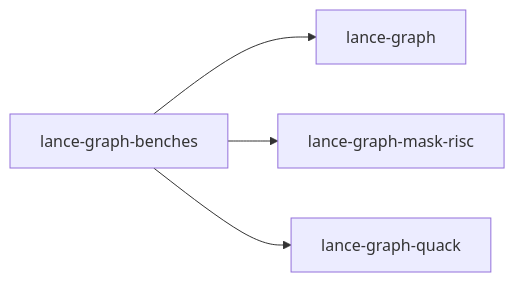
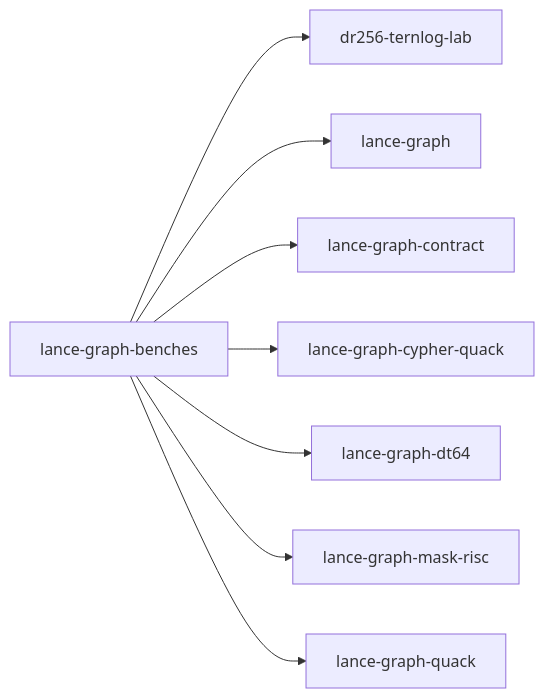
The diagram in .codegraph/crates/lance-graph-benches.index.md (AdaWorldAPI/lance-graph), drawn with Mermaid before and after one commit. The commit also changed other lines of this file and 119 other files, not shown here.

````diff
--- a/.codegraph/crates/lance-graph-benches.index.md
+++ b/.codegraph/crates/lance-graph-benches.index.md
@@ -50,10 +54,18 @@
 ```mermaid
 flowchart LR
-  n29["lance-graph"]
-  n33["lance-graph-benches"]
-  n48["lance-graph-mask-risc"]
-  n58["lance-graph-quack"]
-  n33 --> n29
-  n33 --> n48
-  n33 --> n58
+  n15["dr256-ternlog-lab"]
+  n32["lance-graph"]
+  n36["lance-graph-benches"]
+  n43["lance-graph-contract"]
+  n44["lance-graph-cypher-quack"]
+  n46["lance-graph-dt64"]
+  n51["lance-graph-mask-risc"]
+  n61["lance-graph-quack"]
+  n36 --> n15
+  n36 --> n32
+  n36 --> n43
+  n36 --> n44
+  n36 --> n46
+  n36 --> n51
+  n36 --> n61
 ```
````
